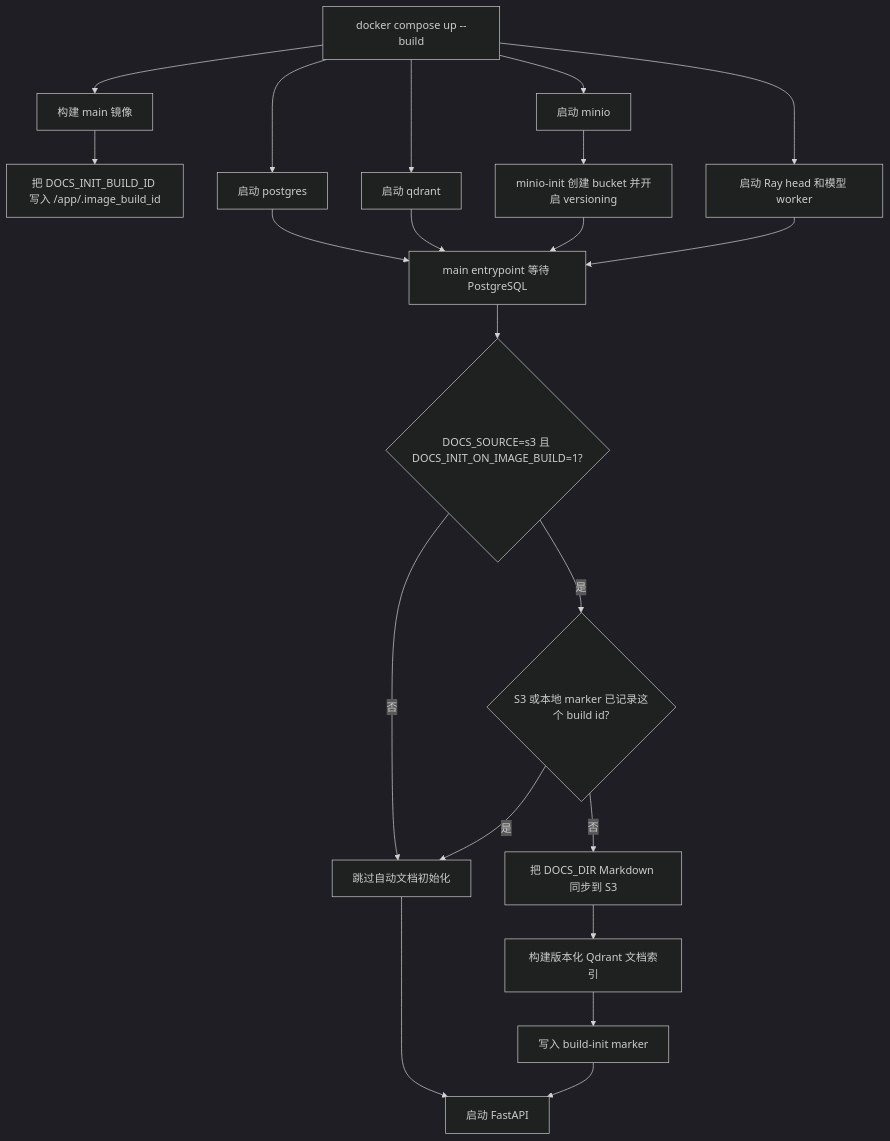
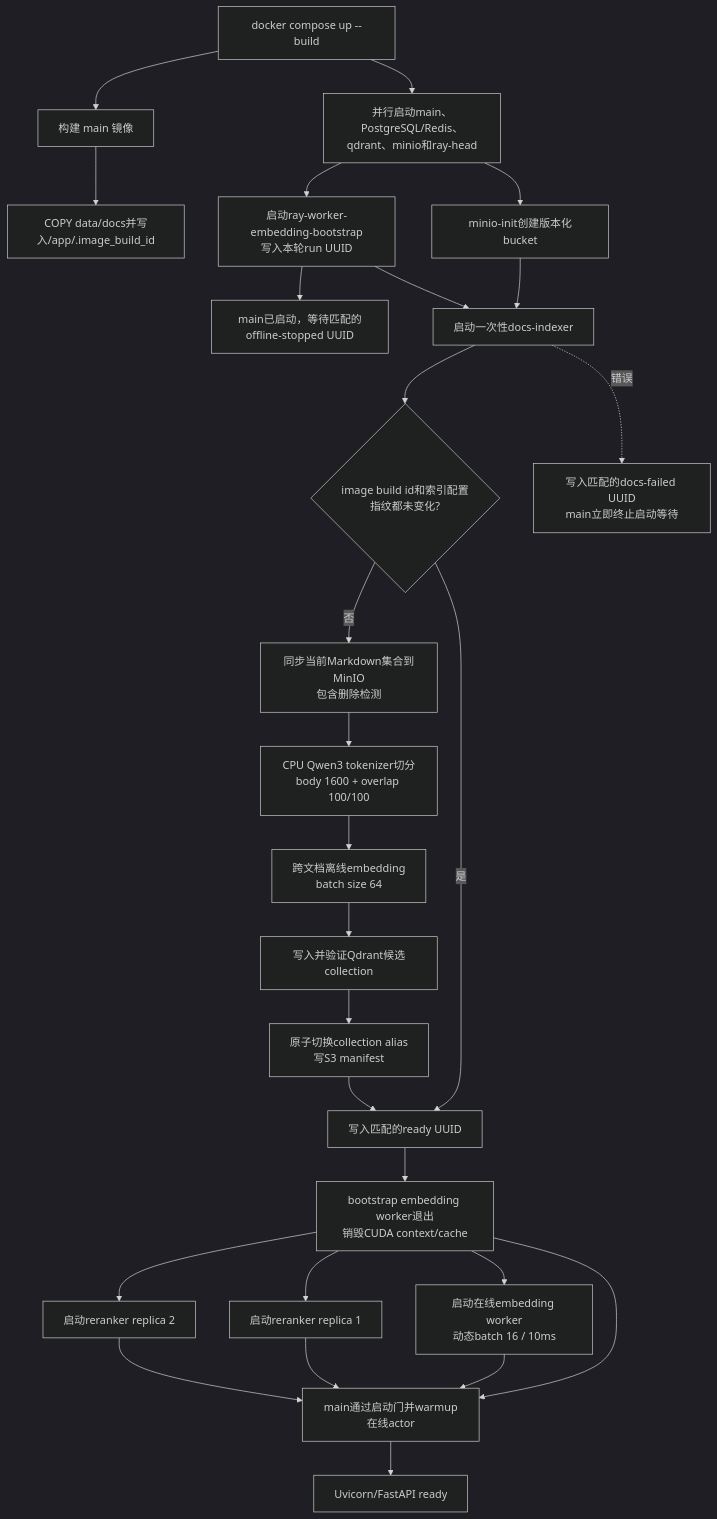
Before and after one commit to XingjiaYang/Knowledge-Base-Assistant: the second of 4 diagrams in readme.zh.md, drawn with Mermaid (dark theme). The commit also changed other lines of this file and 151 other files, not shown here.

````diff
--- a/readme.zh.md
+++ b/readme.zh.md
@@ -230,23 +296,29 @@
 ```mermaid
 flowchart TD
     A["docker compose up --build"] --> B["构建 main 镜像"]
-    B --> C["把 DOCS_INIT_BUILD_ID 写入 /app/.image_build_id"]
-    A --> D["启动 postgres"]
-    A --> E["启动 qdrant"]
-    A --> F["启动 minio"]
-    A --> R["启动 Ray head 和模型 worker"]
-    F --> G["minio-init 创建 bucket 并开启 versioning"]
-    D --> H["main entrypoint 等待 PostgreSQL"]
-    E --> H
-    G --> H
-    R --> H
-    H --> I{"DOCS_SOURCE=s3 且 DOCS_INIT_ON_IMAGE_BUILD=1?"}
-    I -- "否" --> J["跳过自动文档初始化"]
-    I -- "是" --> K{"S3 或本地 marker 已记录这个 build id?"}
-    K -- "是" --> J
-    K -- "否" --> L["把 DOCS_DIR Markdown 同步到 S3"]
-    L --> M["构建版本化 Qdrant 文档索引"]
-    M --> N["写入 build-init marker"]
-    J --> O["启动 FastAPI"]
-    N --> O
+    B --> C["COPY data/docs并写入/app/.image_build_id"]
+    A --> Infra["并行启动main、PostgreSQL/Redis、qdrant、minio和ray-head"]
+    Infra --> Bucket["minio-init创建版本化bucket"]
+    Infra --> Offline["启动ray-worker-embedding-bootstrap<br/>写入本轮run UUID"]
+    Offline --> MainWait["main已启动，等待匹配的offline-stopped UUID"]
+    Bucket --> Indexer["启动一次性docs-indexer"]
+    Offline --> Indexer
+    Indexer --> Marker{"image build id和索引配置指纹都未变化?"}
+    Marker -- "是" --> Ready["写入匹配的ready UUID"]
+    Marker -- "否" --> Sync["同步当前Markdown集合到MinIO<br/>包含删除检测"]
+    Indexer -. "错误" .-> Failed["写入匹配的docs-failed UUID<br/>main立即终止启动等待"]
+    Sync --> Chunk["CPU Qwen3 tokenizer切分<br/>body 1600 + overlap 100/100"]
+    Chunk --> Batch["跨文档离线embedding<br/>batch size 64"]
+    Batch --> Candidate["写入并验证Qdrant候选collection"]
+    Candidate --> Alias["原子切换collection alias<br/>写S3 manifest"]
+    Alias --> Ready
+    Ready --> Stop["bootstrap embedding worker退出<br/>销毁CUDA context/cache"]
+    Stop --> Online["启动在线embedding worker<br/>动态batch 16 / 10ms"]
+    Stop --> RR1["启动reranker replica 1"]
+    Stop --> RR2["启动reranker replica 2"]
+    Stop --> MainWarm["main通过启动门并warmup在线actor"]
+    Online --> MainWarm
+    RR1 --> MainWarm
+    RR2 --> MainWarm
+    MainWarm --> API["Uvicorn/FastAPI ready"]
 ```
````
